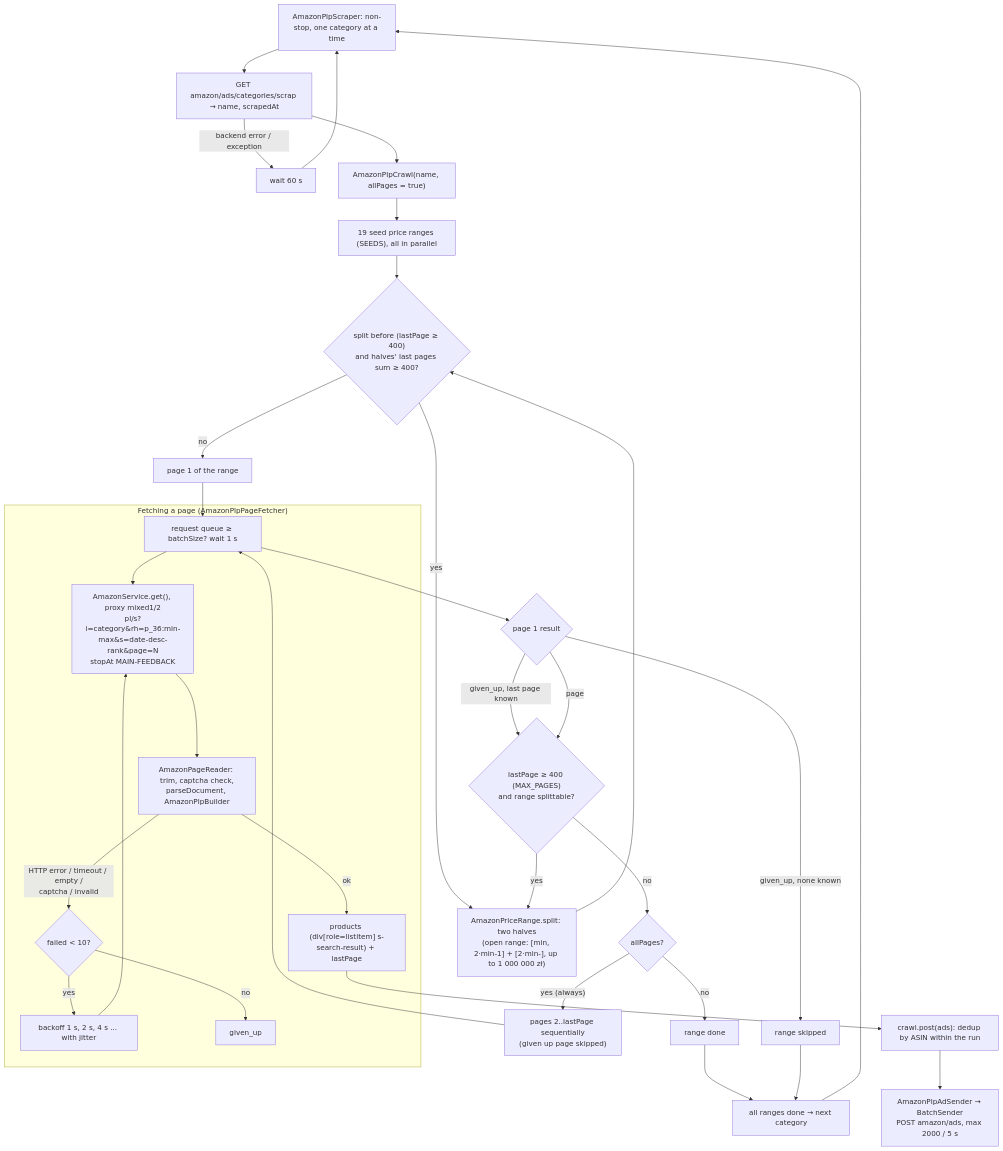
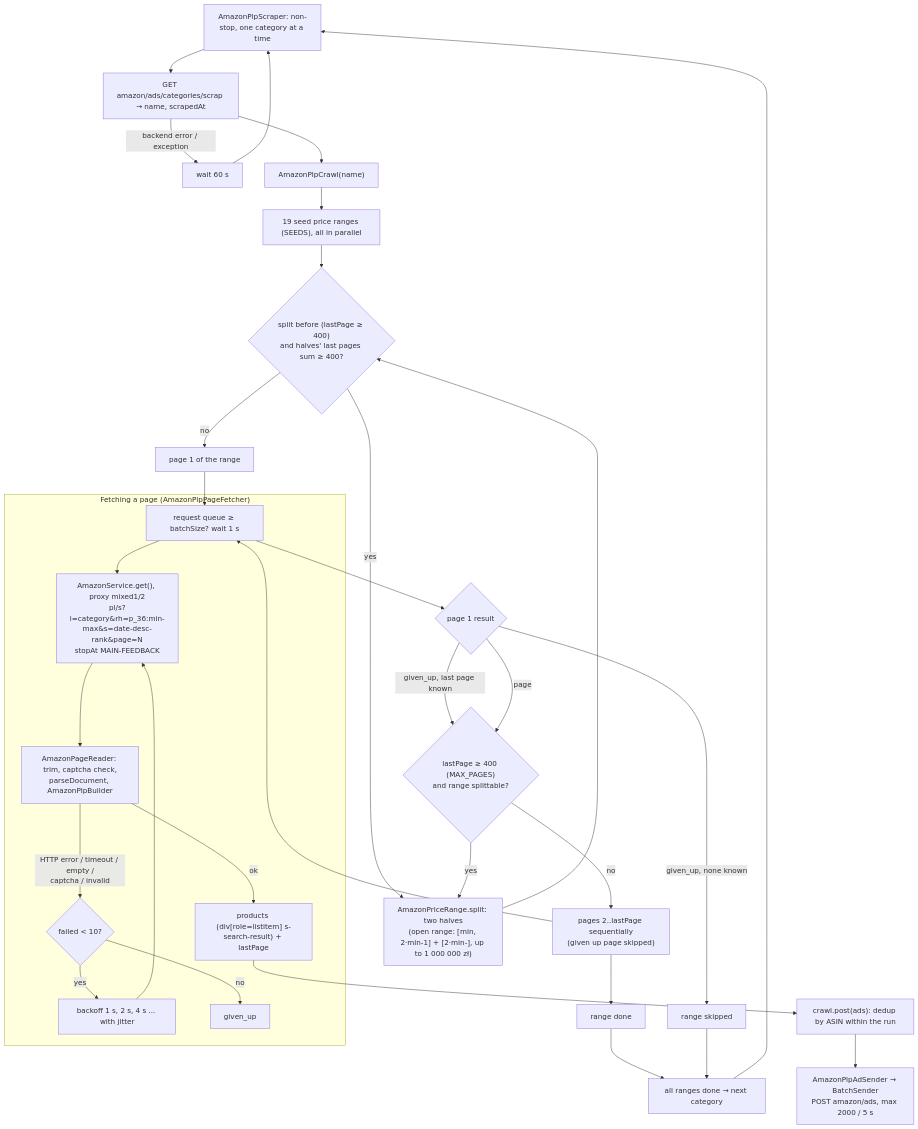
Before and after one commit to kdembski/amazon-scraper: the diagram in .claude/rules/amazon/plp.md, drawn with Mermaid. The commit also changed other lines of this file and 22 other files, not shown here.

Commit message:
Remove new releases, night pause, allPages and AmazonPlpCategoryScraper

````diff
--- a/.claude/rules/amazon/plp.md
+++ b/.claude/rules/amazon/plp.md
@@ -18,35 +18,34 @@
 ```mermaid
 flowchart TD
   loop["AmazonPlpScraper: non-stop, one category at a time"] --> cat["GET amazon/ads/categories/scrap → name, scrapedAt"]
   cat -- "backend error / exception" --> wait["wait 60 s"] --> loop
-  cat --> crawl["AmazonPlpCrawl(name, allPages = true)"]
+  cat --> crawl["AmazonPlpCrawl(name)"]
   crawl --> seeds["19 seed price ranges (SEEDS), all in parallel"]
 
   seeds --> known{"split before (lastPage ≥ 400)<br/>and halves' last pages sum ≥ 400?"}
   known -- "yes" --> halves
   known -- "no" --> page1["page 1 of the range"]
   page1 --> fetch
   fetch --> p1res{"page 1 result"}
   p1res -- "given_up, last page known" --> split
   p1res -- "given_up, none known" --> skipRange["range skipped"]
   p1res -- "page" --> split{"lastPage ≥ 400 (MAX_PAGES)<br/>and range splittable?"}
   split -- "yes" --> halves["AmazonPriceRange.split: two halves<br/>(open range: [min, 2·min-1] + [2·min-], up to 1 000 000 zł)"]
   halves --> known
-  split -- "no" --> all{"allPages?"}
-  all -- "no" --> rangeDone["range done"]
-  all -- "yes (always)" --> pages["pages 2..lastPage sequentially<br/>(given up page skipped)"]
+  split -- "no" --> pages["pages 2..lastPage sequentially<br/>(given up page skipped)"]
   pages --> fetch
+  pages --> rangeDone["range done"]
 
   subgraph fetcher ["Fetching a page (AmazonPlpPageFetcher)"]
     fetch["request queue ≥ batchSize? wait 1 s"] --> req["AmazonService.get(), proxy mixed1/2<br/>pl/s?i=category&rh=p_36:min-max&s=date-desc-rank&page=N<br/>stopAt MAIN-FEEDBACK"]
     req --> reader["AmazonPageReader: trim, captcha check,<br/>parseDocument, AmazonPlpBuilder"]
     reader -- "HTTP error / timeout / empty /<br/>captcha / invalid" --> retry{"failed < 10?"}
     retry -- yes --> backoff["backoff 1 s, 2 s, 4 s ... with jitter"] --> req
     retry -- no --> givenup["given_up"]
     reader -- "ok" --> page["products (div[role=listitem] s-search-result) + lastPage"]
   end
 
   page --> post["crawl.post(ads): dedup by ASIN within the run"]
   post --> sender["AmazonPlpAdSender → BatchSender<br/>POST amazon/ads, max 2000 / 5 s"]
   rangeDone & skipRange --> catDone["all ranges done → next category"] --> loop
 ```
````
